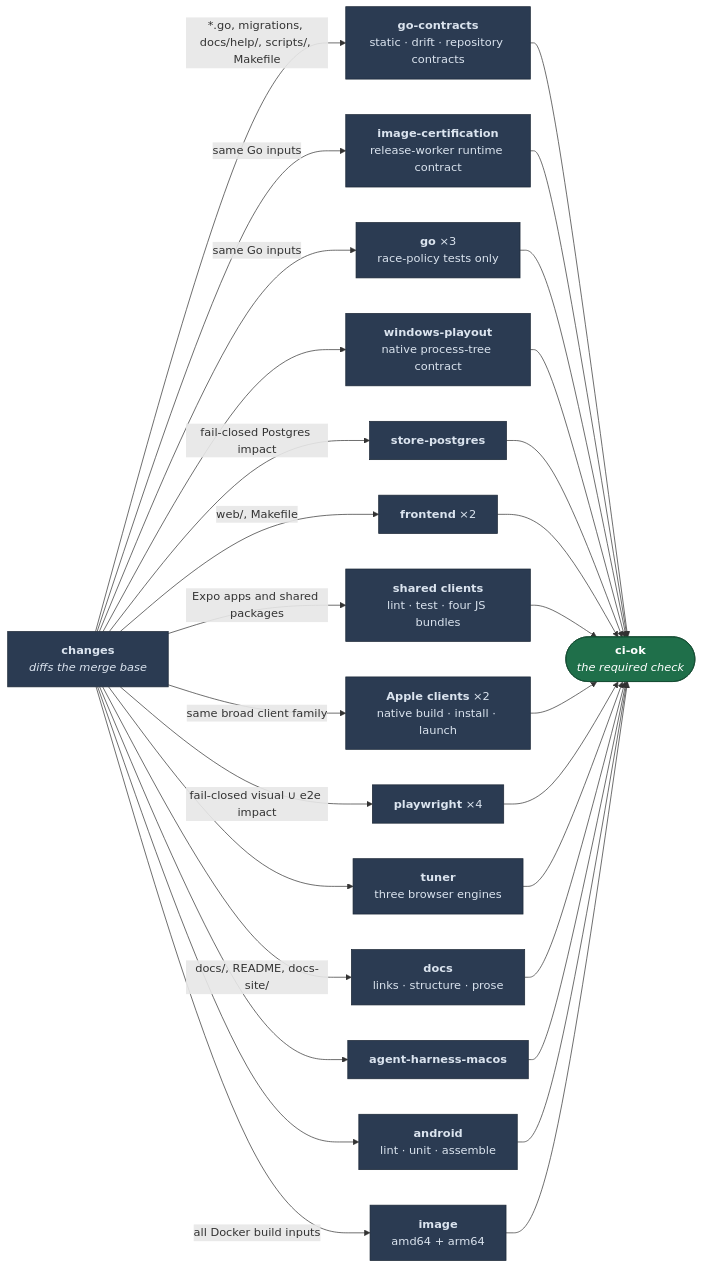
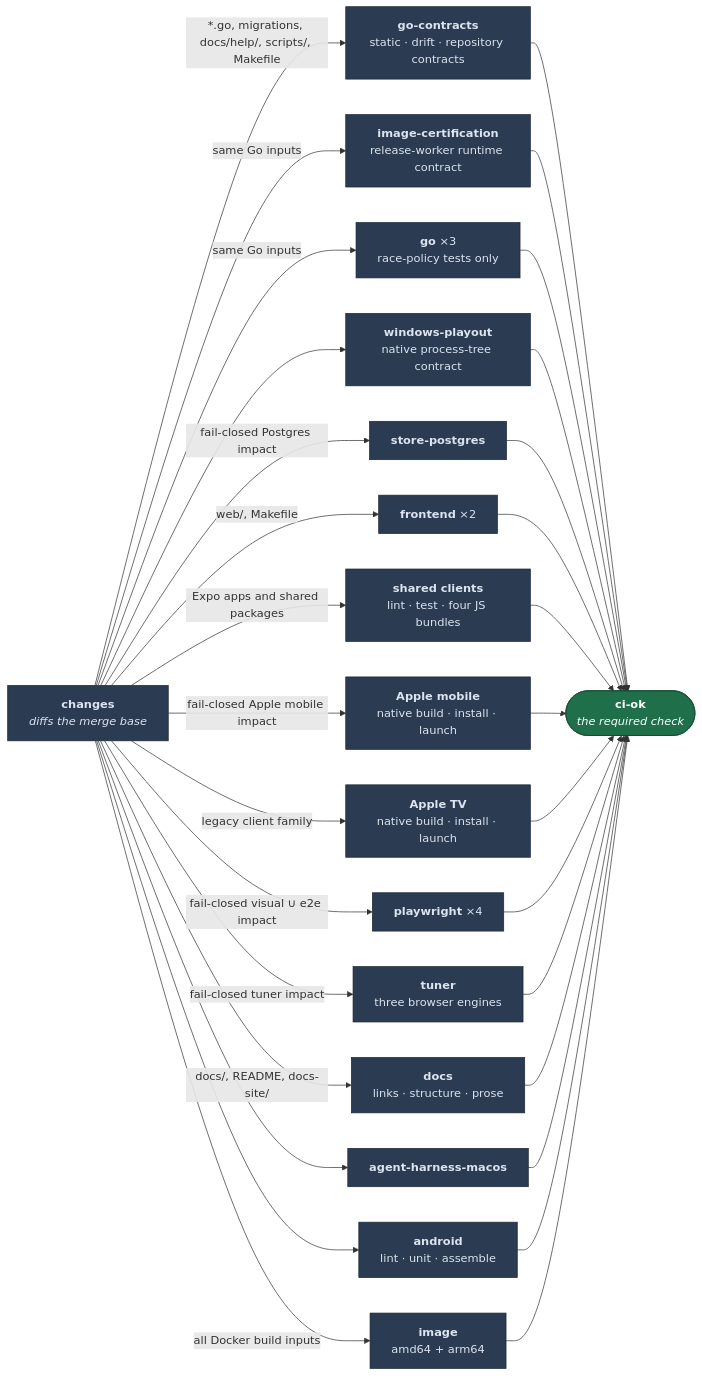
The diagram in docs/dev/ci.md (loomarr/loomarr), drawn with Mermaid before and after one commit. The commit also changed other lines of this file and 8 other files, not shown here.

Commit message:
ci: split Apple mobile impact

````diff
--- a/docs/dev/ci.md
+++ b/docs/dev/ci.md
@@ -3,53 +3,56 @@
 ```mermaid
 graph LR
   C["<b>changes</b><br/><i>diffs the merge base</i>"]
   GC["<b>go-contracts</b><br/>static · drift · repository contracts"]
   RC["<b>image-certification</b><br/>release-worker runtime contract"]
   G["<b>go</b> ×3<br/>race-policy tests only"]
   X["<b>windows-playout</b><br/>native process-tree contract"]
   P["<b>store-postgres</b>"]
   F["<b>frontend</b> ×2"]
   CJS["<b>shared clients</b><br/>lint · test · four JS bundles"]
-  AP["<b>Apple clients</b> ×2<br/>native build · install · launch"]
+  AM["<b>Apple mobile</b><br/>native build · install · launch"]
+  AT["<b>Apple TV</b><br/>native build · install · launch"]
   W["<b>playwright</b> ×4"]
   T["<b>tuner</b><br/>three browser engines"]
   D["<b>docs</b><br/>links · structure · prose"]
   A["<b>agent-harness-macos</b>"]
   N["<b>android</b><br/>lint · unit · assemble"]
   I["<b>image</b><br/>amd64 + arm64"]
   OK(["<b>ci-ok</b><br/><i>the required check</i>"])
 
   C -->|"*.go, migrations, docs/help/, scripts/, Makefile"| GC
   C -->|"same Go inputs"| G
   C -->|"same Go inputs"| RC
   C --> X
   C -->|"fail-closed Postgres impact"| P
   C -->|"web/, Makefile"| F
   C -->|"Expo apps and shared packages"| CJS
-  C -->|"same broad client family"| AP
+  C -->|"fail-closed Apple mobile impact"| AM
+  C -->|"legacy client family"| AT
   C -->|"fail-closed visual ∪ e2e impact"| W
-  C --> T
+  C -->|"fail-closed tuner impact"| T
   C -->|"docs/, README, docs-site/"| D
   C --> A
   C --> N
   C -->|"all Docker build inputs"| I
   GC --> OK
   RC --> OK
   G --> OK
   X --> OK
   P --> OK
   F --> OK
   CJS --> OK
-  AP --> OK
+  AM --> OK
+  AT --> OK
   W --> OK
   T --> OK
   D --> OK
   A --> OK
   N --> OK
   I --> OK
 
   classDef gate fill:#1f6f4a,stroke:#134a31,color:#fff
   classDef job fill:#2b3b52,stroke:#1b2736,color:#dbe4ef
   class OK gate
-  class C,GC,RC,G,X,P,F,CJS,AP,W,T,D,A,N,I job
+  class C,GC,RC,G,X,P,F,CJS,AM,AT,W,T,D,A,N,I job
 ```
````
